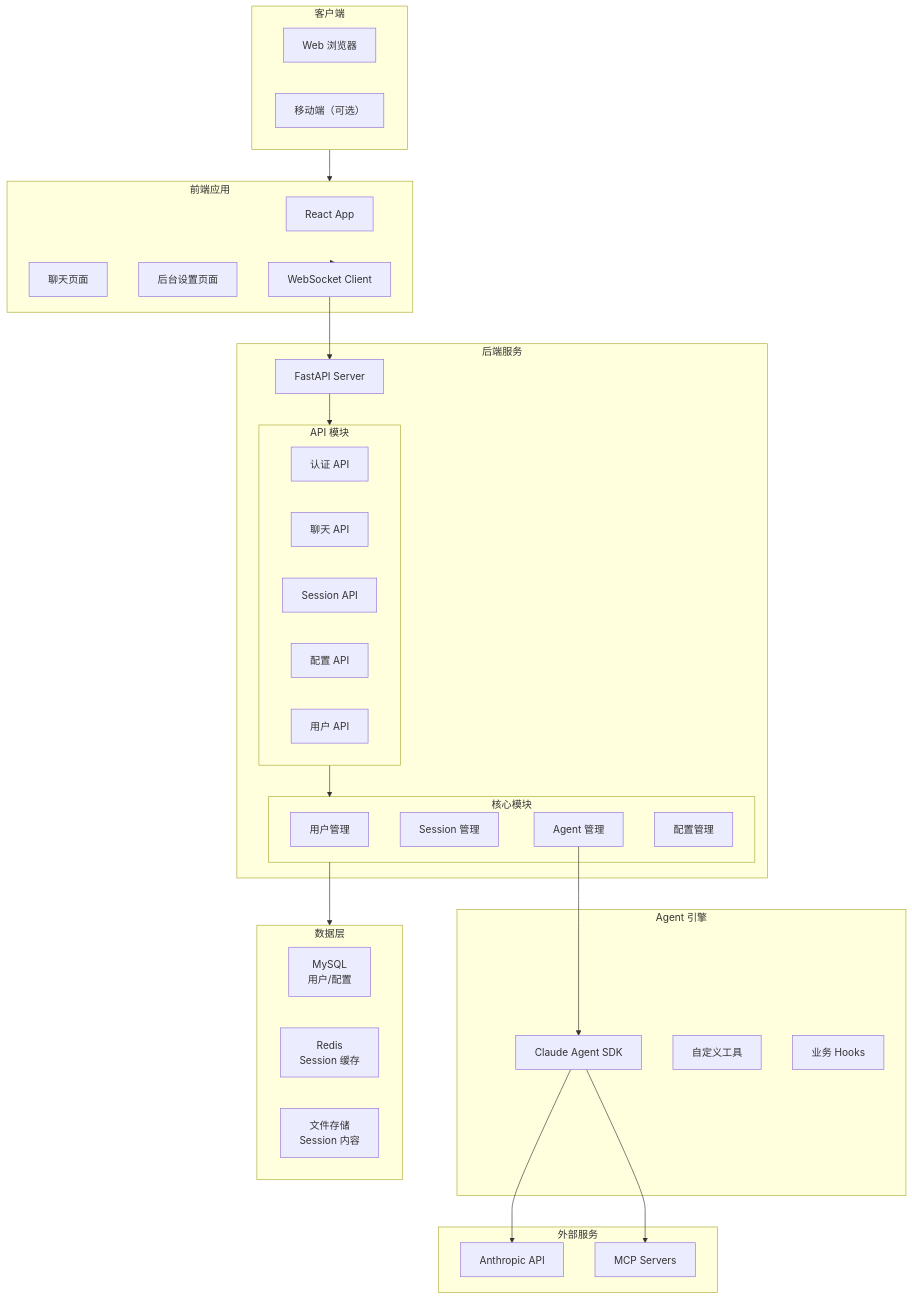
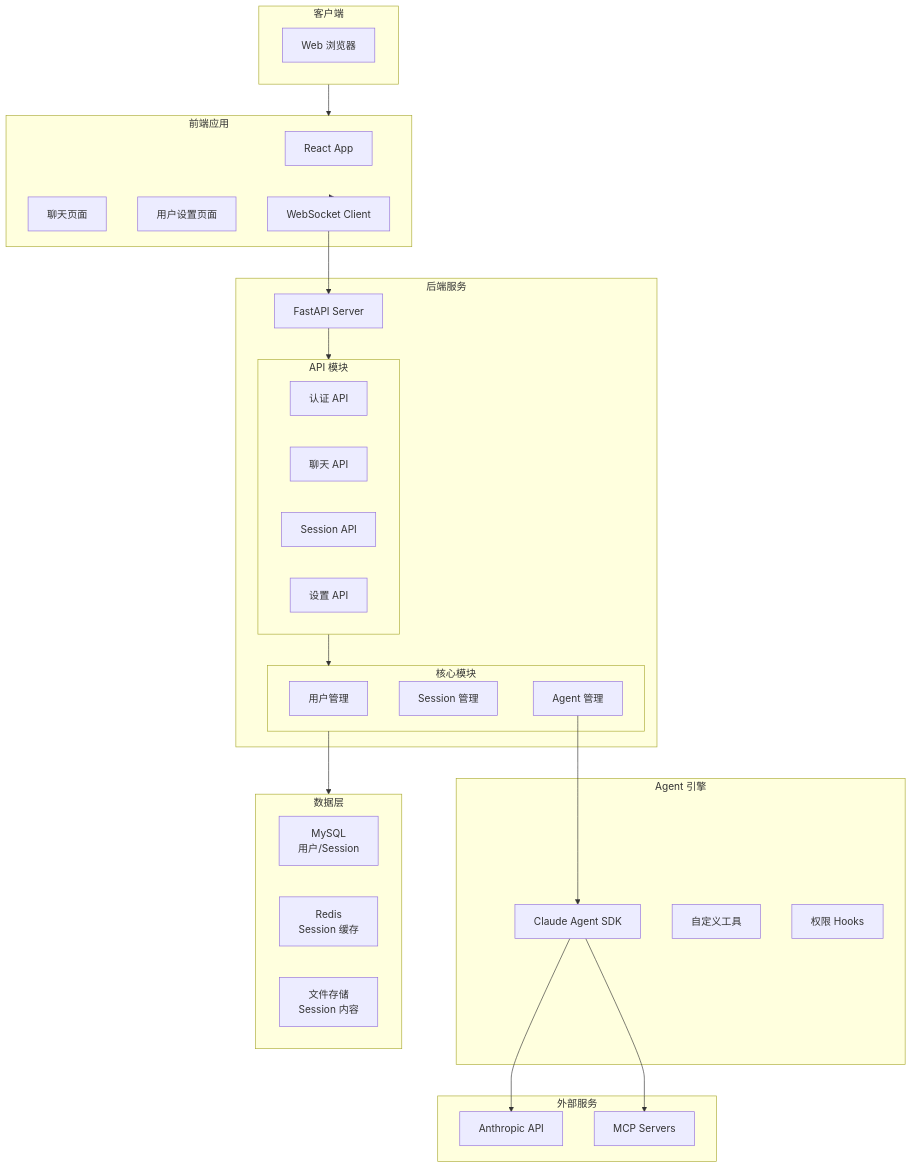
One commit to xiaocaipi/mm-doc changed the second of 8 diagrams in agent/agent_project_design.md. Above: the diagram before and after it, drawn with Mermaid. The commit also changed other lines of this file, not shown here.

````diff
--- a/agent/agent_project_design.md
+++ b/agent/agent_project_design.md
@@ -145,62 +154,59 @@
 ```mermaid
 flowchart TB
     subgraph CLIENT["客户端"]
         WEB["Web 浏览器"]
-        MOBILE["移动端（可选）"]
     end
 
     subgraph FRONTEND["前端应用"]
         REACT["React App"]
         CHAT_UI["聊天页面"]
-        SETTINGS_UI["后台设置页面"]
+        SETTINGS_UI["用户设置页面"]
         WS["WebSocket Client"]
     end
 
     subgraph BACKEND["后端服务"]
         FASTAPI["FastAPI Server"]
         
         subgraph API_MODULES["API 模块"]
             AUTH_API["认证 API"]
             CHAT_API["聊天 API"]
             SESSION_API["Session API"]
-            CONFIG_API["配置 API"]
-            USER_API["用户 API"]
+            SETTINGS_API["设置 API"]
         end
         
         subgraph CORE_MODULES["核心模块"]
             USER_MGR["用户管理"]
             SESSION_MGR["Session 管理"]
             AGENT_MGR["Agent 管理"]
-            CONFIG_MGR["配置管理"]
         end
     end
 
     subgraph AGENT_ENGINE["Agent 引擎"]
         SDK["Claude Agent SDK"]
         TOOLS["自定义工具"]
-        HOOKS["业务 Hooks"]
+        HOOKS["权限 Hooks"]
     end
 
     subgraph DATA["数据层"]
-        MYSQL["MySQL<br/>用户/配置"]
+        MYSQL["MySQL<br/>用户/Session"]
         REDIS["Redis<br/>Session 缓存"]
         FILE["文件存储<br/>Session 内容"]
     end
 
     subgraph EXTERNAL["外部服务"]
         ANTHROPIC["Anthropic API"]
         MCP["MCP Servers"]
     end
 
     CLIENT --> FRONTEND
     FRONTEND --> WS
     WS --> FASTAPI
     
     FASTAPI --> API_MODULES
     API_MODULES --> CORE_MODULES
     
     CORE_MODULES --> DATA
     AGENT_MGR --> SDK
     SDK --> ANTHROPIC
     SDK --> MCP
 ```
````
